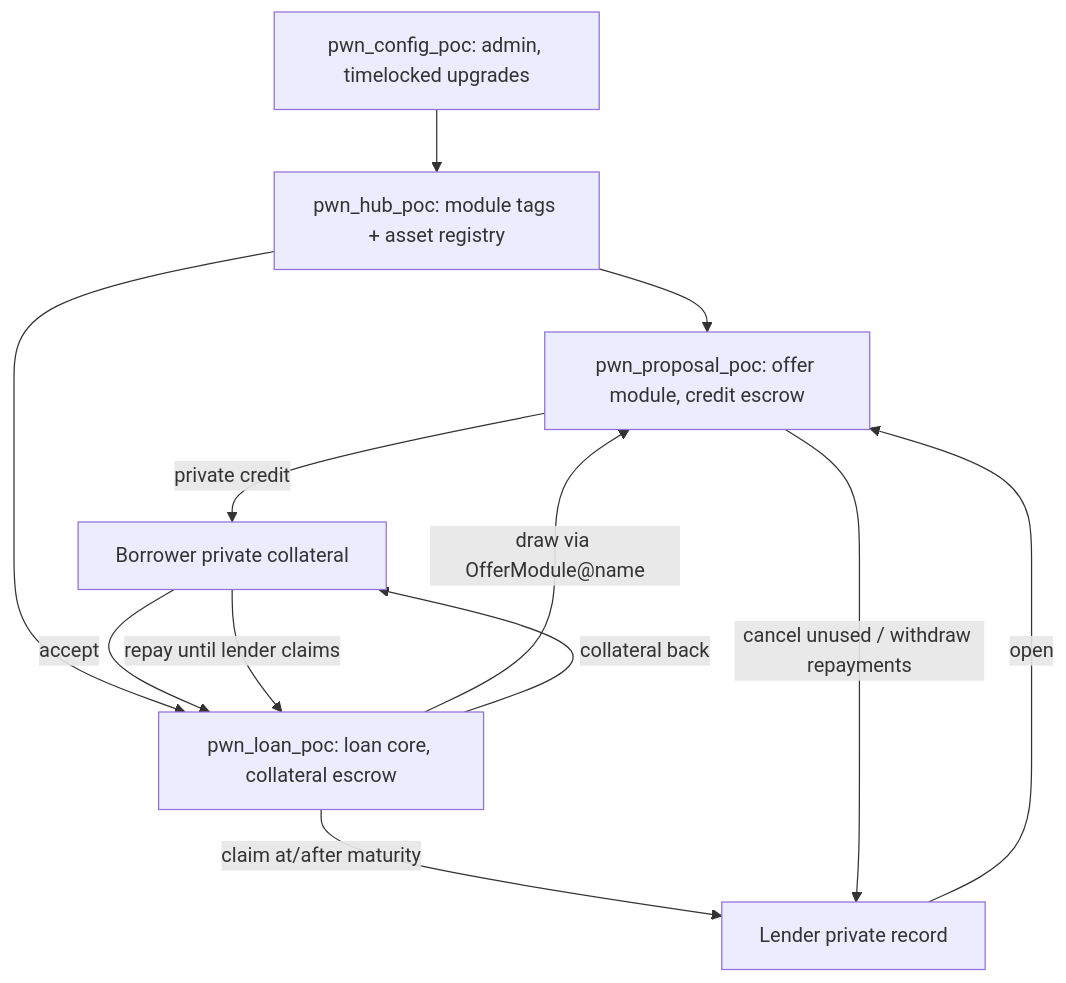
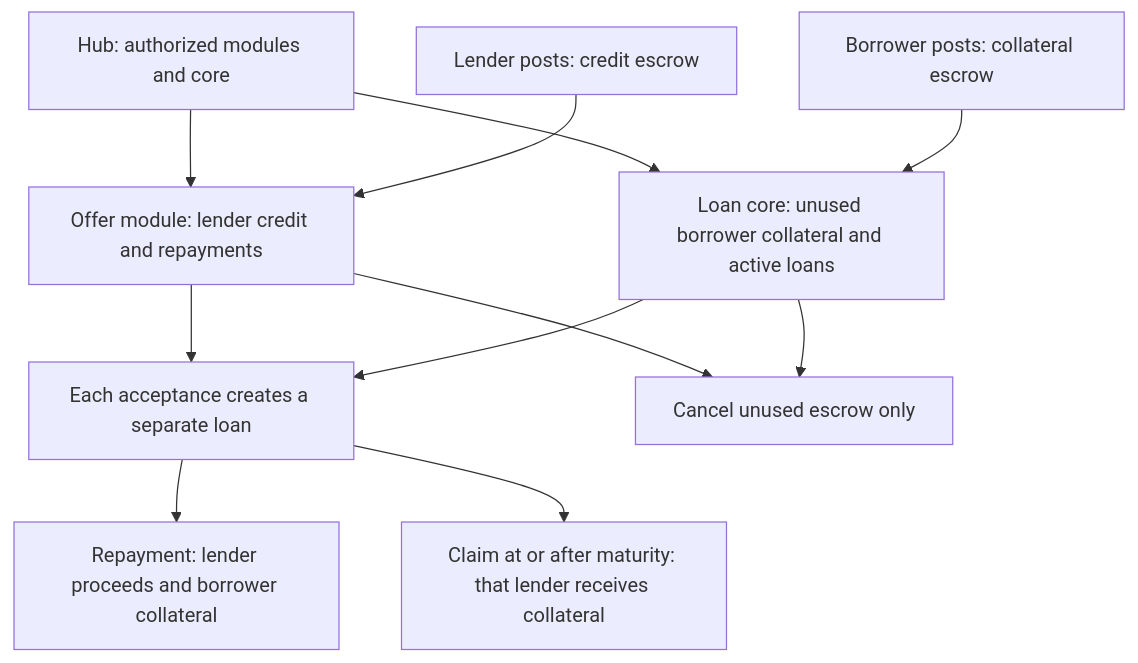
One commit to jan-miksik/pwn-aleo-poc changed the diagram in README.md. Above: the diagram before and after it, drawn with Mermaid. The commit also changed other lines of this file and 12 other files, not shown here.

````diff
--- a/README.md
+++ b/README.md
@@ -18,14 +16,13 @@
 ```mermaid
 flowchart TD
-    C[pwn_config_poc: admin, timelocked upgrades] --> H[pwn_hub_poc: module tags + asset registry]
-    H --> P[pwn_proposal_poc: offer module, credit escrow]
-    H --> L[pwn_loan_poc: loan core, collateral escrow]
-    A[Lender private record] -->|open| P
-    B[Borrower private collateral] -->|accept| L
-    L -->|draw via OfferModule@name| P
-    P -->|private credit| B
-    B -->|repay until lender claims| L
-    L -->|collateral back| B
-    L -->|claim at/after maturity| A
-    P -->|cancel unused / withdraw repayments| A
+    H[Hub: authorized modules and core] --> P[Offer module: lender credit and repayments]
+    H --> L[Loan core: unused borrower collateral and active loans]
+    A[Lender posts: credit escrow] --> P
+    B[Borrower posts: collateral escrow] --> L
+    P --> F[Each acceptance creates a separate loan]
+    L --> F
+    F --> R[Repayment: lender proceeds and borrower collateral]
+    F --> D[Claim at or after maturity: that lender receives collateral]
+    P --> C[Cancel unused escrow only]
+    L --> C
 ```
````
